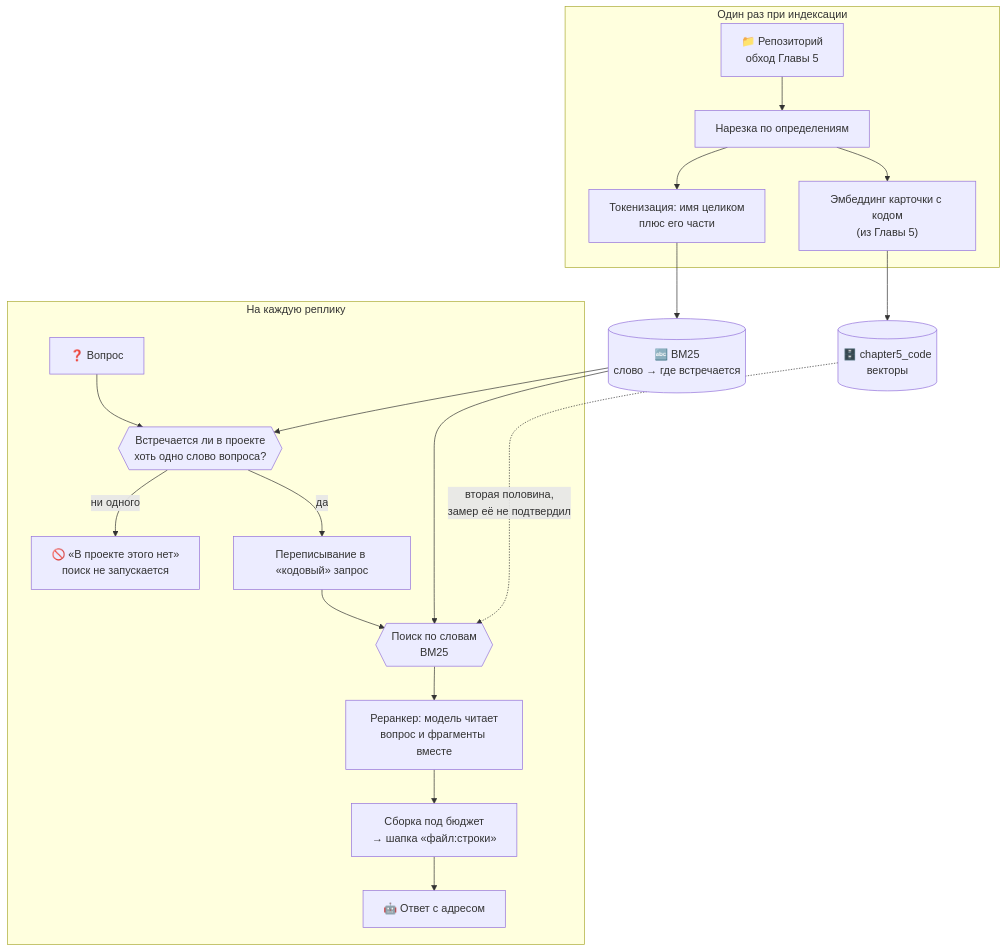
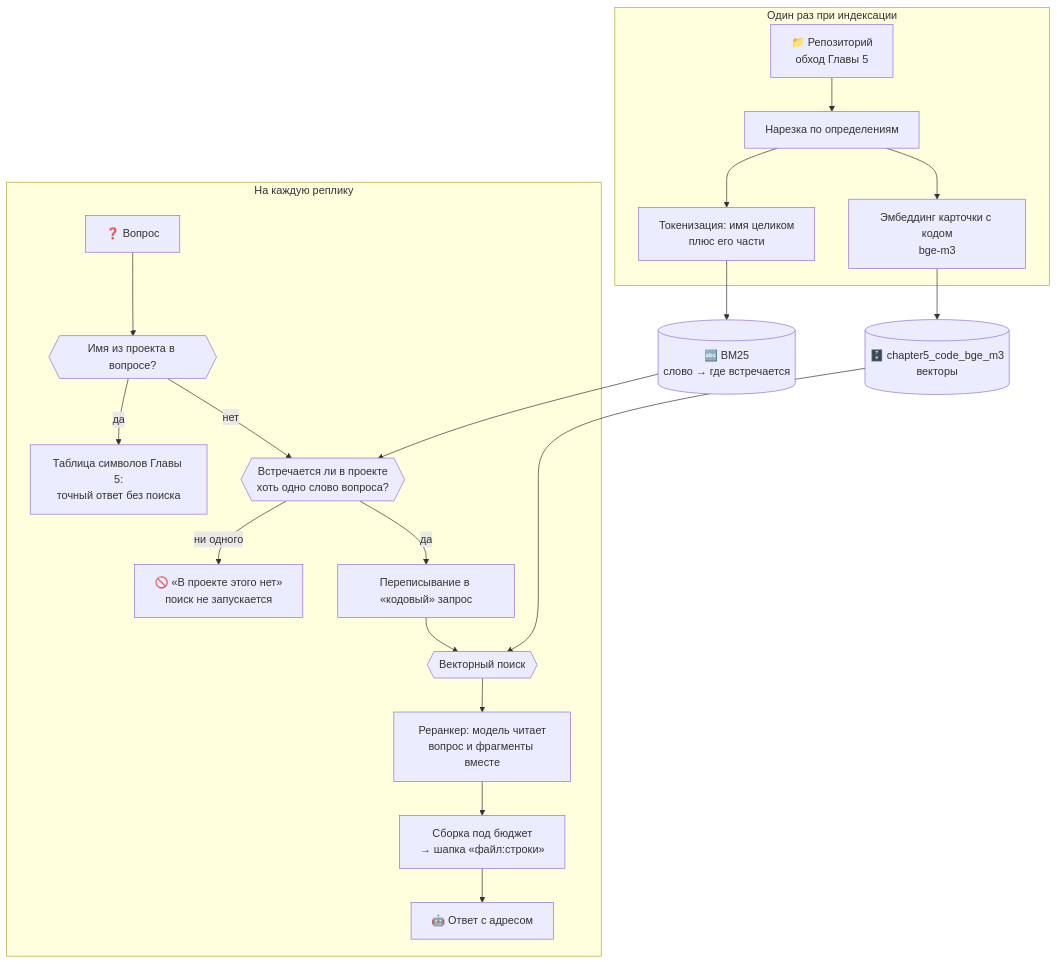
One commit to io982/firstAgent changed the diagram in chapter6/README.md. Above: the diagram before and after it, drawn with Mermaid. The commit also changed other lines of this file and 12 other files, not shown here.

````diff
--- a/chapter6/README.md
+++ b/chapter6/README.md
@@ -17,27 +24,28 @@
 ```mermaid
 graph TD
     subgraph IDX["Один раз при индексации"]
         Repo["📁 Репозиторий<br/>обход Главы 5"]
         Repo --> Cut["Нарезка по определениям"]
         Cut --> Tok["Токенизация: имя целиком<br/>плюс его части"]
-        Cut --> EmbD["Эмбеддинг карточки с кодом<br/>(из Главы 5)"]
+        Cut --> EmbD["Эмбеддинг карточки с кодом<br/>bge-m3"]
     end
 
     Tok --> BM[("🔤 BM25<br/>слово → где встречается")]
-    EmbD --> DB[("🗄️ chapter5_code<br/>векторы")]
+    EmbD --> DB[("🗄️ chapter5_code_bge_m3<br/>векторы")]
 
     subgraph RUN["На каждую реплику"]
         Q["❓ Вопрос"]
-        Q --> Gate{{"Встречается ли в проекте<br/>хоть одно слово вопроса?"}}
+        Q --> Sym{{"Имя из проекта в вопросе?"}}
+        Sym -->|"да"| Exact["Таблица символов Главы 5:<br/>точный ответ без поиска"]
+        Sym -->|"нет"| Gate{{"Встречается ли в проекте<br/>хоть одно слово вопроса?"}}
         Gate -->|"ни одного"| No["🚫 «В проекте этого нет»<br/>поиск не запускается"]
         Gate -->|"да"| RW["Переписывание в «кодовый» запрос"]
-        RW --> L{{"Поиск по словам<br/>BM25"}}
-        L --> RR["Реранкер: модель читает<br/>вопрос и фрагменты вместе"]
+        RW --> V{{"Векторный поиск"}}
+        V --> RR["Реранкер: модель читает<br/>вопрос и фрагменты вместе"]
         RR --> Pack["Сборка под бюджет<br/>→ шапка «файл:строки»"]
         Pack --> LLM["🤖 Ответ с адресом"]
     end
 
-    BM --> L
     BM --> Gate
-    DB -.->|"вторая половина,<br/>замер её не подтвердил"| L
+    DB --> V
 ```
````
